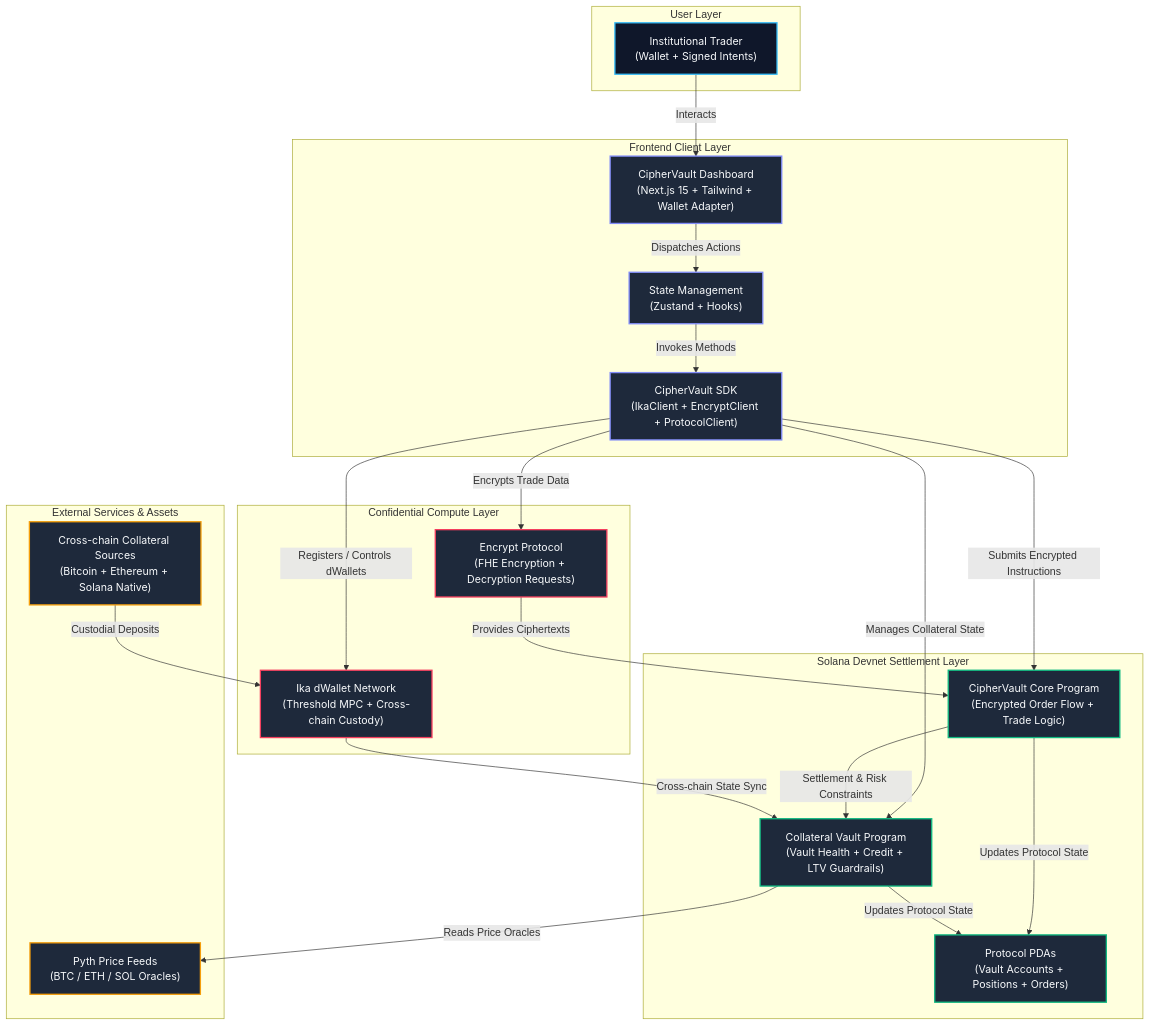
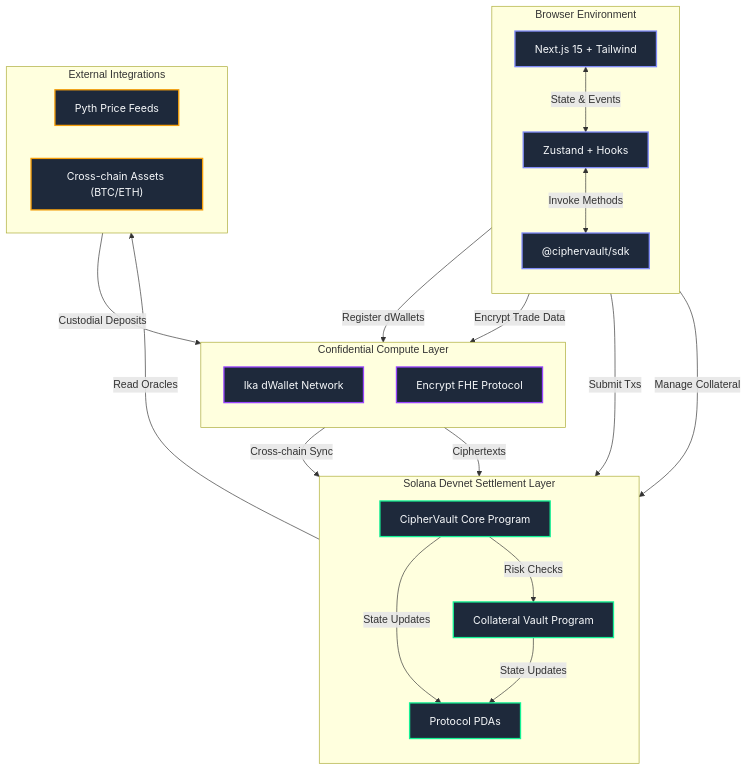
Before and after one commit to Gokul-social/CipherVault: the diagram in README.md, drawn with Mermaid. The commit also changed other lines of this file, not shown here.

````diff
--- a/README.md
+++ b/README.md
@@ -21,58 +65,48 @@
 ```mermaid
 graph TD
-    %% Styling Profile
-    classDef default fill:#1E293B,stroke:#334155,stroke-width:1px,color:#F8FAFC,font-family:Inter
-    classDef user fill:#0F172A,stroke:#38BDF8,stroke-width:2px,color:#F8FAFC,font-family:Inter
     classDef frontend fill:#1E293B,stroke:#818CF8,stroke-width:2px,color:#F8FAFC,font-family:Inter
-    classDef onchain fill:#1E293B,stroke:#10B981,stroke-width:2px,color:#F8FAFC,font-family:Inter
-    classDef conf fill:#1E293B,stroke:#F43F5E,stroke-width:2px,color:#F8FAFC,font-family:Inter
+    classDef onchain fill:#1E293B,stroke:#14F195,stroke-width:2px,color:#F8FAFC,font-family:Inter
+    classDef conf fill:#1E293B,stroke:#9945FF,stroke-width:2px,color:#F8FAFC,font-family:Inter
     classDef ext fill:#1E293B,stroke:#F59E0B,stroke-width:2px,color:#F8FAFC,font-family:Inter
 
-    subgraph User["User Layer"]
-        Trader["Institutional Trader\n(Wallet + Signed Intents)"]:::user
+    subgraph BROWSER ["Browser Environment"]
+        direction TB
+        UI["Next.js 15 + Tailwind"]:::frontend
+        STORE["Zustand + Hooks"]:::frontend
+        SDK["@ciphervault/sdk"]:::frontend
     end
 
-    subgraph Frontend["Frontend Client Layer"]
-        WebUI["CipherVault Dashboard\n(Next.js 15 + Tailwind + Wallet Adapter)"]:::frontend
-        Store["State Management\n(Zustand + Hooks)"]:::frontend
-        SDK["CipherVault SDK\n(IkaClient + EncryptClient + ProtocolClient)"]:::frontend
+    subgraph SOLANA ["Solana Devnet Settlement Layer"]
+        direction TB
+        CORE["CipherVault Core Program"]:::onchain
+        VAULT["Collateral Vault Program"]:::onchain
+        PDAS["Protocol PDAs"]:::onchain
     end
 
-    subgraph Solana["Solana Devnet Settlement Layer"]
-        Core["CipherVault Core Program\n(Encrypted Order Flow + Trade Logic)"]:::onchain
-        Vault["Collateral Vault Program\n(Vault Health + Credit + LTV Guardrails)"]:::onchain
-        PDAs["Protocol PDAs\n(Vault Accounts + Positions + Orders)"]:::onchain
+    subgraph CONFIDENTIAL ["Confidential Compute Layer"]
+        direction TB
+        IKA["Ika dWallet Network"]:::conf
+        ENC["Encrypt FHE Protocol"]:::conf
     end
 
-    subgraph Confidential["Confidential Compute Layer"]
-        Ika["Ika dWallet Network\n(Threshold MPC + Cross-chain Custody)"]:::conf
-        Encrypt["Encrypt Protocol\n(FHE Encryption + Decryption Requests)"]:::conf
+    subgraph EXTERNAL ["External Integrations"]
+        direction LR
+        PYTH["Pyth Price Feeds"]:::ext
+        XC["Cross-chain Assets (BTC/ETH)"]:::ext
     end
 
-    subgraph External["External Services & Assets"]
-        Pyth["Pyth Price Feeds\n(BTC / ETH / SOL Oracles)"]:::ext
-        CrossChain["Cross-chain Collateral Sources\n(Bitcoin + Ethereum + Solana Native)"]:::ext
-    end
-
-    %% Interactions and Data Flow
-    Trader -- "Interacts" --> WebUI
-    WebUI -- "Dispatches Actions" --> Store
-    Store -- "Invokes Methods" --> SDK
-
-    %% SDK Operations
-    SDK -- "Registers / Controls dWallets" --> Ika
-    SDK -- "Encrypts Trade Data" --> Encrypt
-    SDK -- "Submits Encrypted Instructions" --> Core
-    SDK -- "Manages Collateral State" --> Vault
-
-    %% On-chain Operations
-    Core -- "Updates Protocol State" --> PDAs
-    Vault -- "Updates Protocol State" --> PDAs
-    Core -- "Settlement & Risk Constraints" --> Vault
-    Vault -- "Reads Price Oracles" --> Pyth
-
-    %% Confidential & External Integrations
-    Ika -- "Cross-chain State Sync" --> Vault
-    Encrypt -- "Provides Ciphertexts" --> Core
-    CrossChain -- "Custodial Deposits" --> Ika
+    UI <--> |"State & Events"| STORE
+    STORE <--> |"Invoke Methods"| SDK
+    SDK --> |"Register dWallets"| IKA
+    SDK --> |"Encrypt Trade Data"| ENC
+    SDK --> |"Submit Txs"| CORE
+    SDK --> |"Manage Collateral"| VAULT
+    
+    CORE --> |"State Updates"| PDAS
+    VAULT --> |"State Updates"| PDAS
+    CORE --> |"Risk Checks"| VAULT
+    VAULT --> |"Read Oracles"| PYTH
+    IKA --> |"Cross-chain Sync"| VAULT
+    ENC --> |"Ciphertexts"| CORE
+    XC --> |"Custodial Deposits"| IKA
 ```
````
